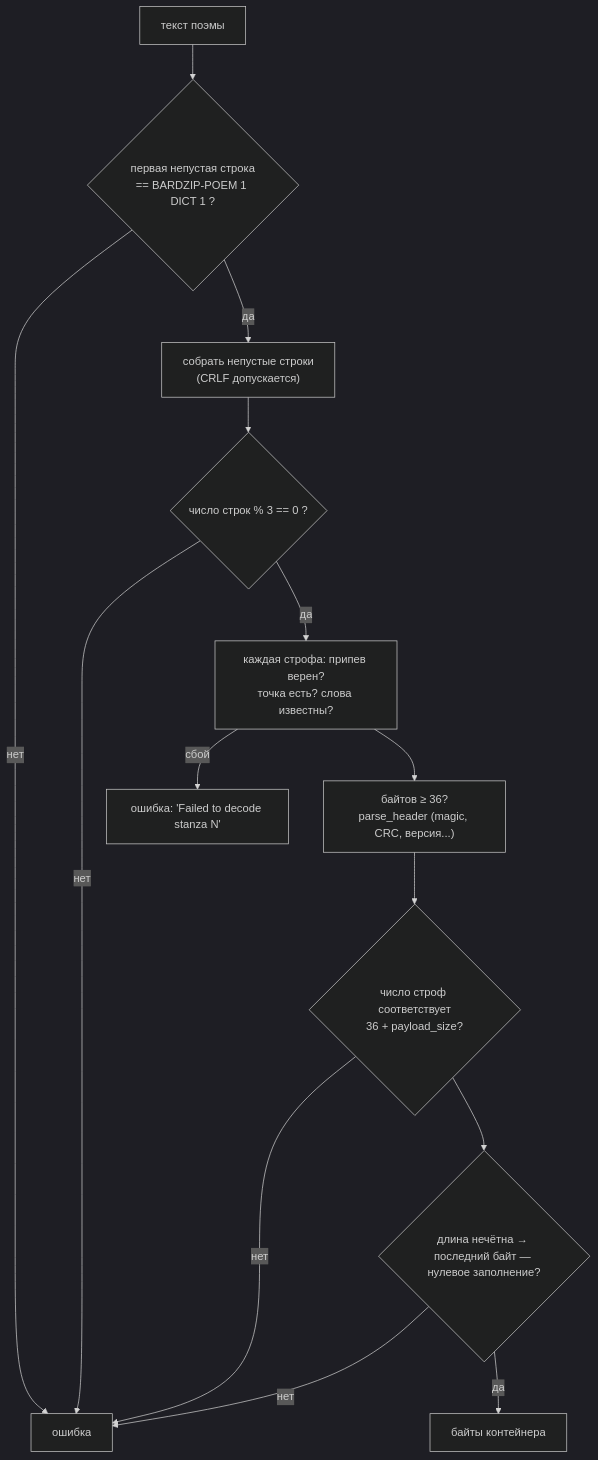
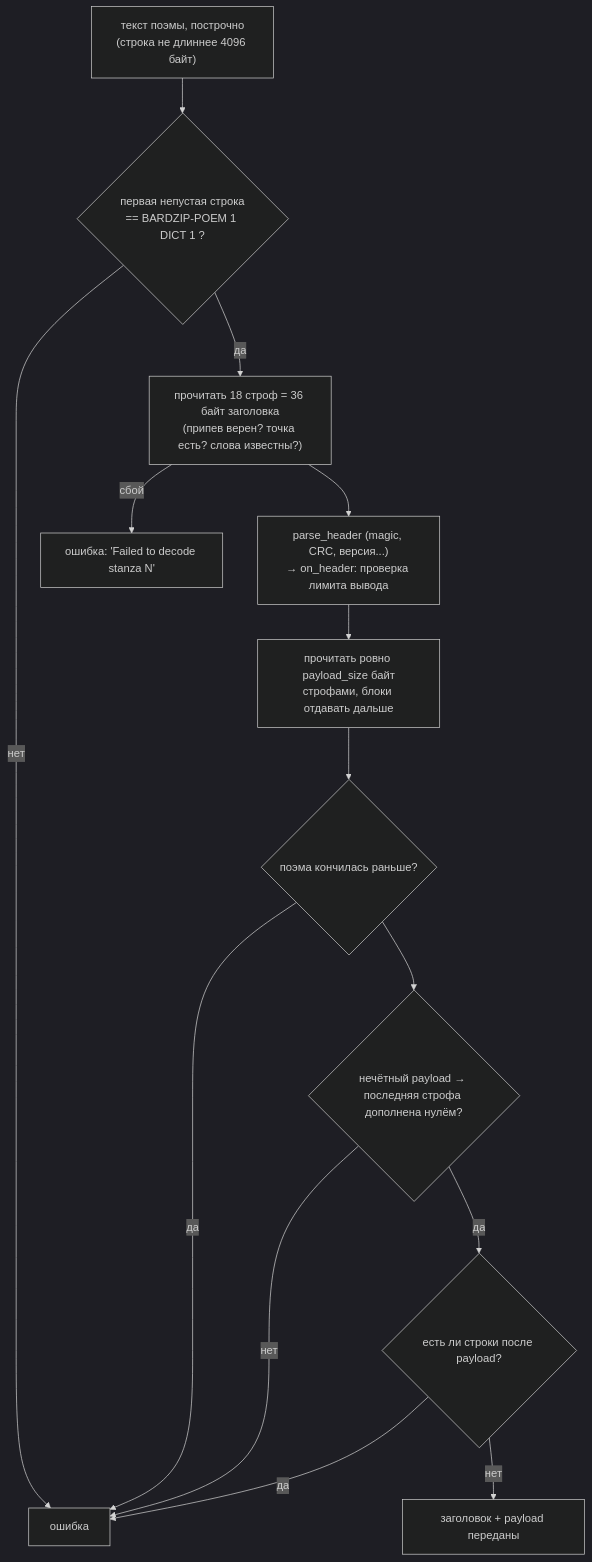
Before and after one commit to Viole1/bard-zip: the fifth of 7 diagrams in docs/ru/main-flow.md, drawn with Mermaid (dark theme). The commit also changed other lines of this file and 36 other files, not shown here.

````diff
--- a/docs/ru/main-flow.md
+++ b/docs/ru/main-flow.md
@@ -80,16 +89,16 @@
 ```mermaid
 flowchart TD
-    S["текст поэмы"] --> H{"первая непустая строка<br/>== BARDZIP-POEM 1 DICT 1 ?"}
+    S["текст поэмы, построчно<br/>(строка не длиннее 4096 байт)"] --> H{"первая непустая строка<br/>== BARDZIP-POEM 1 DICT 1 ?"}
     H -->|нет| X["ошибка"]
-    H -->|да| L["собрать непустые строки<br/>(CRLF допускается)"]
-    L --> M{"число строк % 3 == 0 ?"}
-    M -->|нет| X
-    M -->|да| ST["каждая строфа: припев верен?<br/>точка есть? слова известны?"]
+    H -->|да| ST["прочитать 18 строф = 36 байт заголовка<br/>(припев верен? точка есть? слова известны?)"]
     ST -->|сбой| X2["ошибка: 'Failed to decode stanza N'"]
-    ST --> HD["байтов ≥ 36?<br/>parse_header (magic, CRC, версия...)"]
-    HD --> LEN{"число строф соответствует<br/>36 + payload_size?"}
-    LEN -->|нет| X
-    LEN --> PAD{"длина нечётна → последний байт — нулевое заполнение?"}
+    ST --> HD["parse_header (magic, CRC, версия...)<br/>→ on_header: проверка лимита вывода"]
+    HD --> PAY["прочитать ровно payload_size байт<br/>строфами, блоки отдавать дальше"]
+    PAY --> LEN{"поэма кончилась раньше?"}
+    LEN -->|да| X
+    LEN --> PAD{"нечётный payload → последняя строфа дополнена нулём?"}
     PAD -->|нет| X
-    PAD -->|да| R["байты контейнера"]
+    PAD -->|да| EX{"есть ли строки после payload?"}
+    EX -->|да| X
+    EX -->|нет| R["заголовок + payload переданы"]
 ```
````
